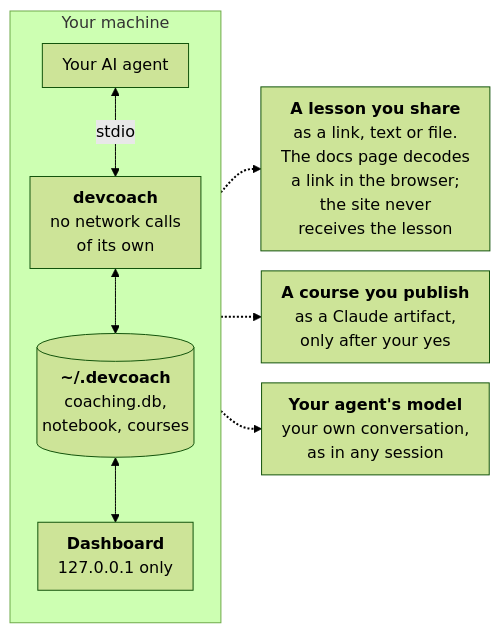
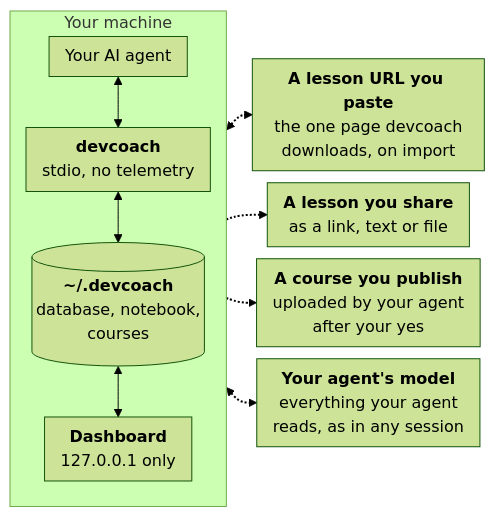
Before and after one commit to UltimaPhoenix/dev-coach: the diagram in docs/reference/privacy.md, drawn with Mermaid (forest theme). The commit also changed other lines of this file and 2 other files, not shown here.

````diff
--- a/docs/reference/privacy.md
+++ b/docs/reference/privacy.md
@@ -35,29 +40,31 @@
 ```mermaid
 ---
 config:
   flowchart:
-    nodeSpacing: 20
-    rankSpacing: 40
-    padding: 10
+    nodeSpacing: 12
+    rankSpacing: 26
+    padding: 8
 ---
 flowchart LR
     accTitle: Where devcoach data goes
-    accDescr: On your machine, your AI agent talks to devcoach over stdio, and devcoach and the dashboard on 127.0.0.1 use the ~/.devcoach folder. Three dashed arrows leave the machine: a lesson you share, a course you publish as a Claude artifact, and your agent's own conversation with its model.
+    accDescr: On your machine, your AI agent talks to devcoach over stdio, devcoach uses the ~/.devcoach folder, and the dashboard on 127.0.0.1 reads it. Four dashed arrows cross the machine's edge. In both directions, the one page devcoach downloads when you import a lesson from a URL. Out, a lesson you share and a course you publish. In both directions, your agent's conversation with its model.
     subgraph machine["Your machine"]
         direction TB
         agent["Your AI agent"]
-        dc["<b>devcoach</b><br/>no network calls<br/>of its own"]
-        store[("<b>~/.devcoach</b><br/>coaching.db,<br/>notebook, courses")]
+        dc["<b>devcoach</b><br/>stdio, no telemetry"]
+        store[("<b>~/.devcoach</b><br/>database, notebook,<br/>courses")]
         ui["<b>Dashboard</b><br/>127.0.0.1 only"]
-        agent <-->|stdio| dc
+        agent <--> dc
         dc <--> store
         store <--> ui
     end
-    lesson["<b>A lesson you share</b><br/>as a link, text or file.<br/>The docs page decodes<br/>a link in the browser;<br/>the site never<br/>receives the lesson"]
-    art["<b>A course you publish</b><br/>as a Claude artifact,<br/>only after your yes"]
-    model["<b>Your agent's model</b><br/>your own conversation,<br/>as in any session"]
+    url["<b>A lesson URL you paste</b><br/>the one page devcoach<br/>downloads, on import"]
+    lesson["<b>A lesson you share</b><br/>as a link, text or file"]
+    art["<b>A course you publish</b><br/>uploaded by your agent<br/>after your yes"]
+    model["<b>Your agent's model</b><br/>everything your agent<br/>reads, as in any session"]
+    machine <-.-> url
     machine -.-> lesson
     machine -.-> art
-    machine -.-> model
-    linkStyle 3,4,5 stroke-width:2px
+    machine <-.-> model
+    linkStyle 3,4,5,6 stroke-width:2px
 ```
````
